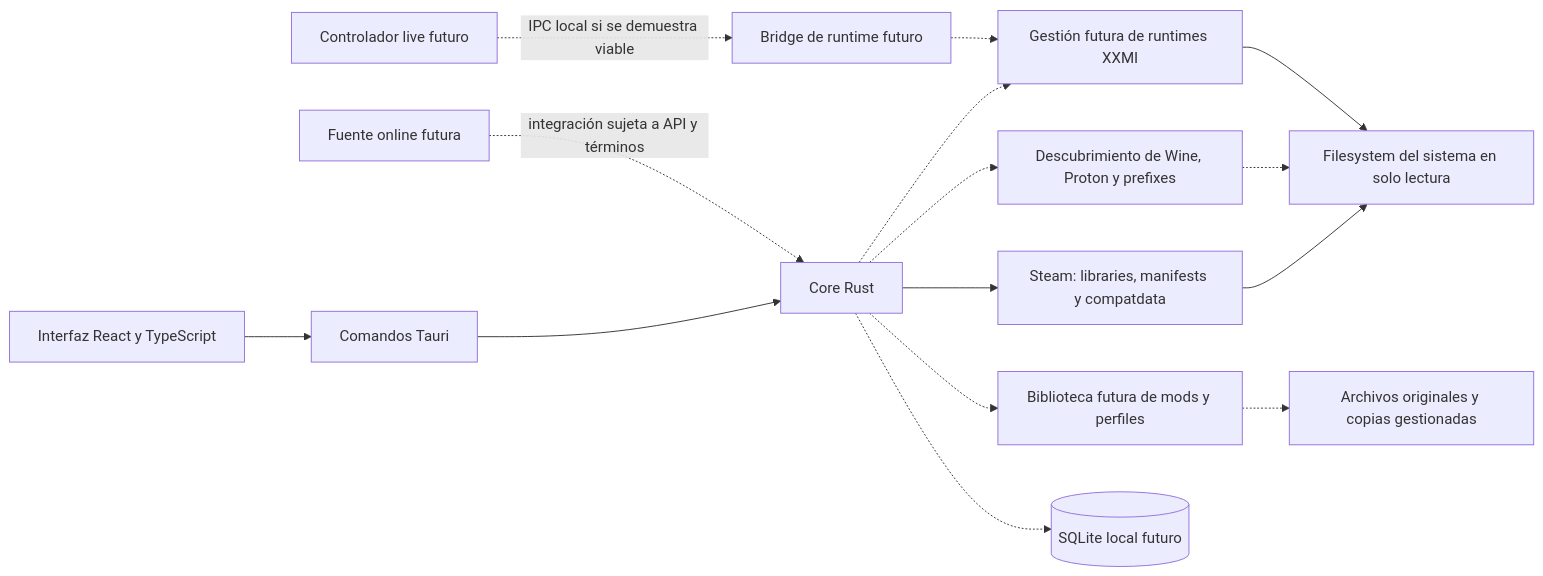
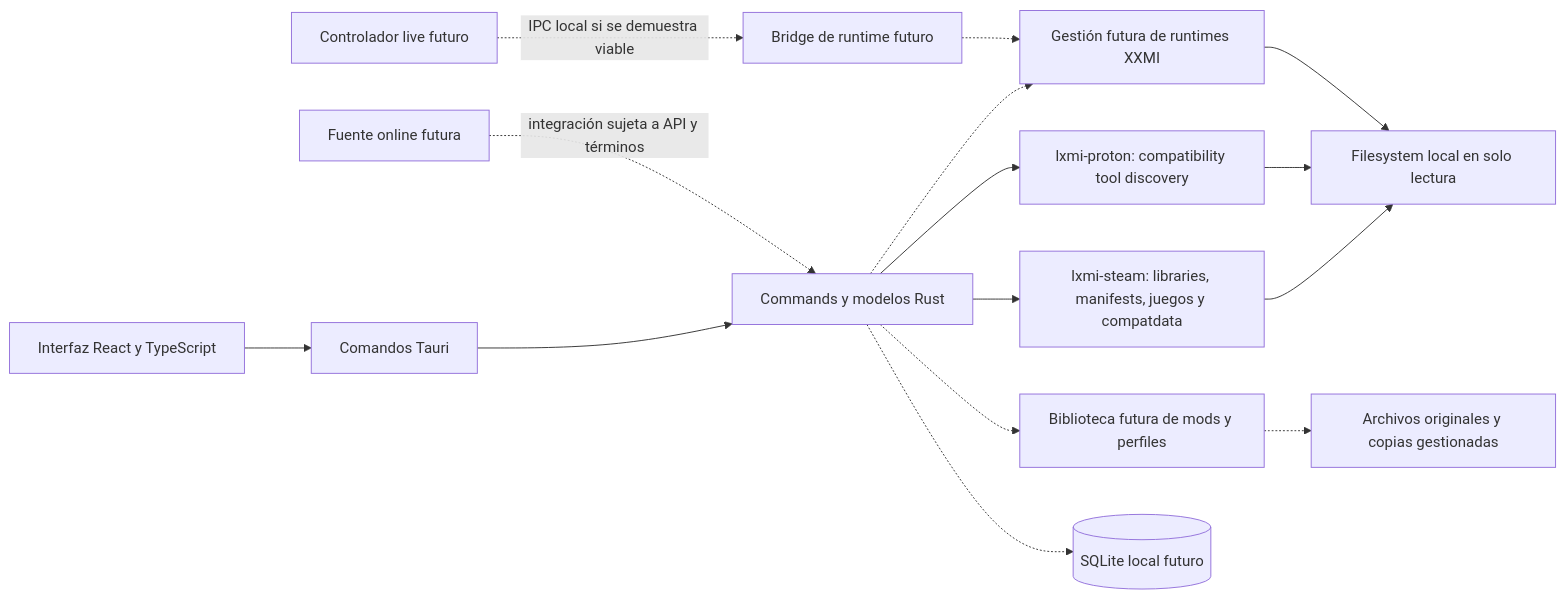
The diagram in SDLC/04_Arquitectura_y_seguridad/arquitectura.md (VictorMamani/LXMI), drawn with Mermaid before and after one commit. The commit also changed other lines of this file and 40 other files, not shown here.

Commit message:
feat: complete LXMI 0.3 Proton discovery

````diff
--- a/SDLC/04_Arquitectura_y_seguridad/arquitectura.md
+++ b/SDLC/04_Arquitectura_y_seguridad/arquitectura.md
@@ -5,17 +5,17 @@
 ```mermaid
 flowchart LR
     UI[Interfaz React y TypeScript] --> IPC[Comandos Tauri]
-    IPC --> CORE[Core Rust]
-    CORE --> STEAM[Steam: libraries, manifests y compatdata]
-    CORE -.-> PROTON[Descubrimiento de Wine, Proton y prefixes]
+    IPC --> CORE[Commands y modelos Rust]
+    CORE --> STEAM[lxmi-steam: libraries, manifests, juegos y compatdata]
+    CORE --> PROTON[lxmi-proton: compatibility tool discovery]
     CORE -.-> RUNTIME[Gestión futura de runtimes XXMI]
     CORE -.-> MODS[Biblioteca futura de mods y perfiles]
     CORE -.-> DB[(SQLite local futuro)]
-    STEAM --> HOST[Filesystem del sistema en solo lectura]
-    PROTON -.-> HOST
+    STEAM --> HOST[Filesystem local en solo lectura]
+    PROTON --> HOST
     RUNTIME --> HOST
     MODS -.-> LIB[Archivos originales y copias gestionadas]
     LIVE[Controlador live futuro] -. IPC local si se demuestra viable .-> BRIDGE[Bridge de runtime futuro]
     BRIDGE -.-> RUNTIME
     GB[Fuente online futura] -. integración sujeta a API y términos .-> CORE
 ```
````
